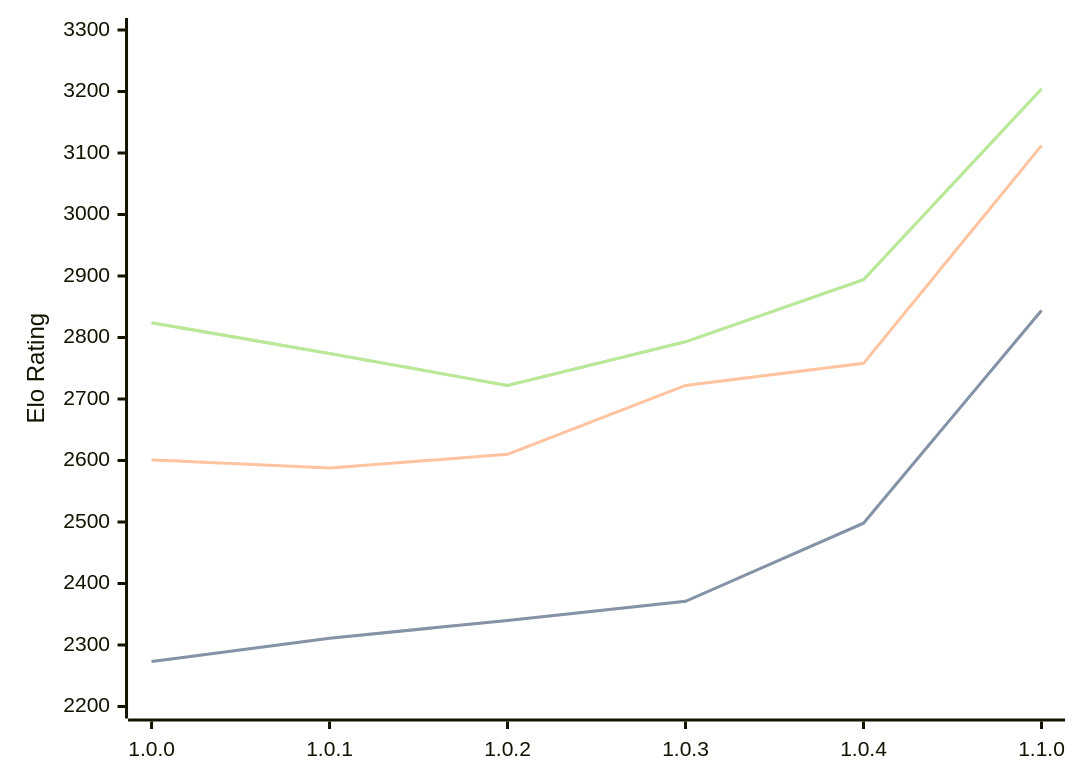
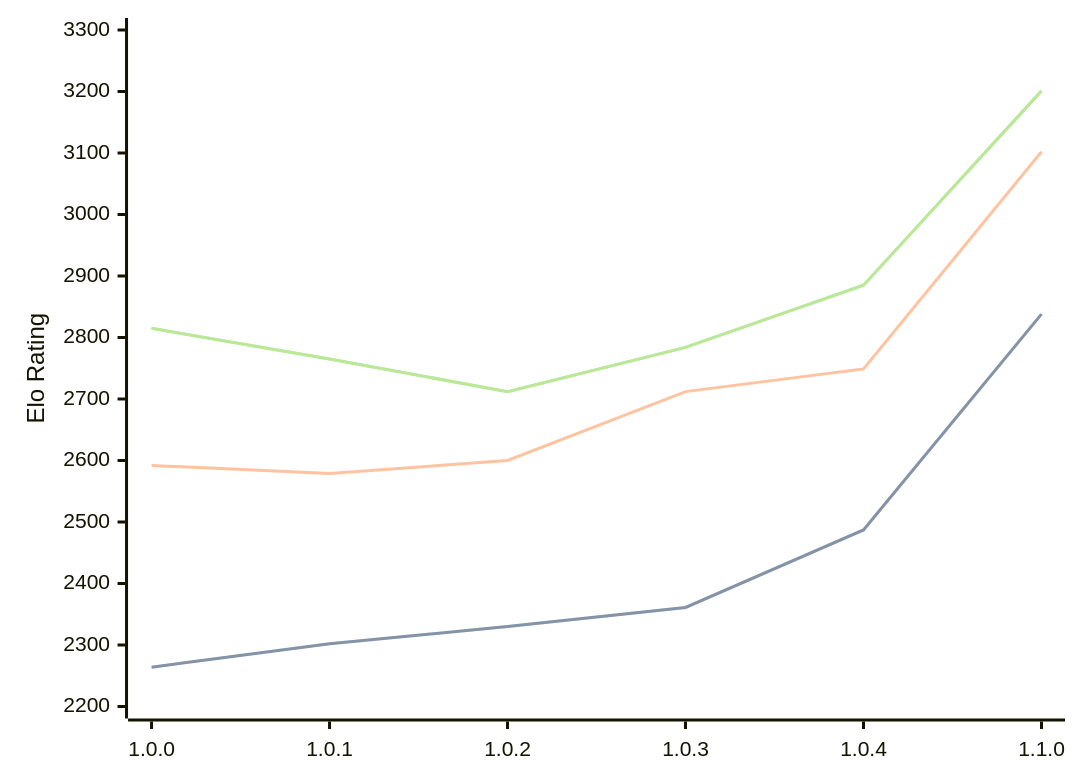
The diagram in engines/Grail.md (computer-chess-index/cci), drawn with Mermaid before and after one commit. The commit also changed other lines of this file, not shown here.

Commit message:
Update CCI Ratings (ELO VLTC) - 2026-03-19

````diff
--- a/engines/Grail.md
+++ b/engines/Grail.md
@@ -34,11 +34,11 @@
 ```mermaid
 %%{init: {"theme":"base","themeVariables":{"seriesColors:['#a3a3a3','#222221','#faa371']}}}%%
 xychart-beta
   x-axis ["1.0.0", "1.0.1", "1.0.2", "1.0.3", "1.0.4", "1.1.0"]
   y-axis "Elo Rating" 2200 --> 3300
-  line "STC (8.0+0.08s)" [2273, 2311, 2340, 2371, 2498, 2844]
-  line "STC (8.0+0.08s)" [2273, 2311, 2340, 2371, 2498, 2844]
-  line "LTC (60.0+0.60s)" [2601, 2588, 2610, 2722, 2758, 3112]
-  line "VLTC (2m24s+1.12s)" [2824, 2774, 2722, 2793, 2894, 3204]
-  line "VLTC (2m24s+1.12s)" [2824, 2774, 2722, 2793, 2894, 3204]
+  line "STC (8.0+0.08s)" [2264, 2302, 2330, 2361, 2487, 2838]
+  line "STC (8.0+0.08s)" [2264, 2302, 2330, 2361, 2487, 2838]
+  line "LTC (60.0+0.60s)" [2592, 2579, 2600, 2712, 2749, 3102]
+  line "VLTC (2m24s+1.12s)" [2815, 2765, 2712, 2784, 2885, 3201]
+  line "VLTC (2m24s+1.12s)" [2815, 2765, 2712, 2784, 2885, 3201]
 ```
````
